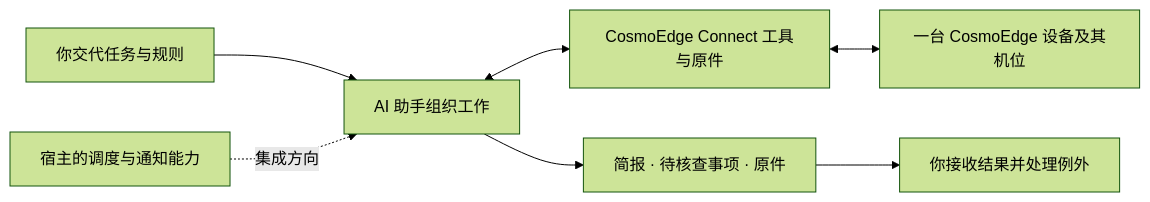
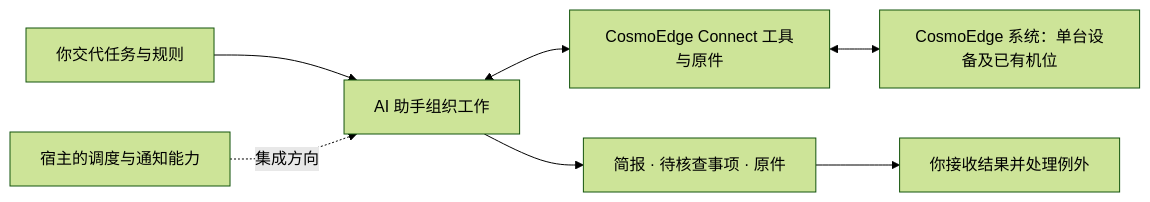
One commit to cosmo-wander-ai/cosmoedge-connect changed the diagram in README.zh-CN.md. Above: the diagram before and after it, drawn with Mermaid (forest theme). The commit also changed other lines of this file and 3 other files, not shown here.

First line of the commit message:
docs: introduce CosmoEdge system before Connect workflows (#3)

````diff
--- a/README.zh-CN.md
+++ b/README.zh-CN.md
@@ -56,9 +63,9 @@
 ```mermaid
 flowchart LR
     User[你交代任务与规则] --> Assistant[AI 助手组织工作]
     Assistant <--> Connect[CosmoEdge Connect 工具与原件]
-    Connect <--> Device[一台 CosmoEdge 设备及其机位]
+    Connect <--> System["CosmoEdge 系统：单台设备及已有机位"]
     Assistant --> Results[简报 · 待核查事项 · 原件]
     Results --> Review[你接收结果并处理例外]
     Host[宿主的调度与通知能力] -. 集成方向 .-> Assistant
 ```
````
